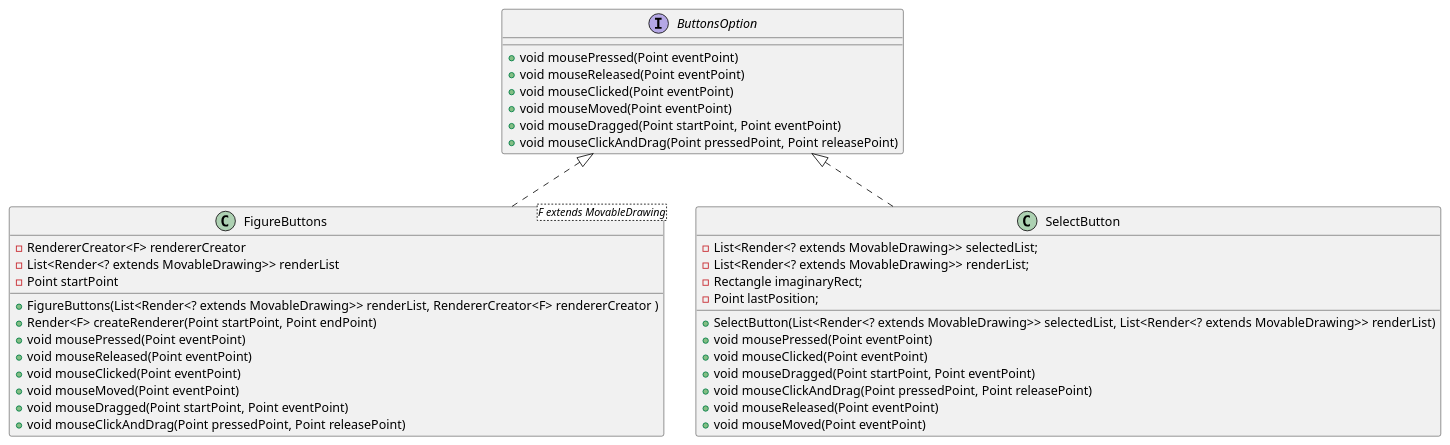
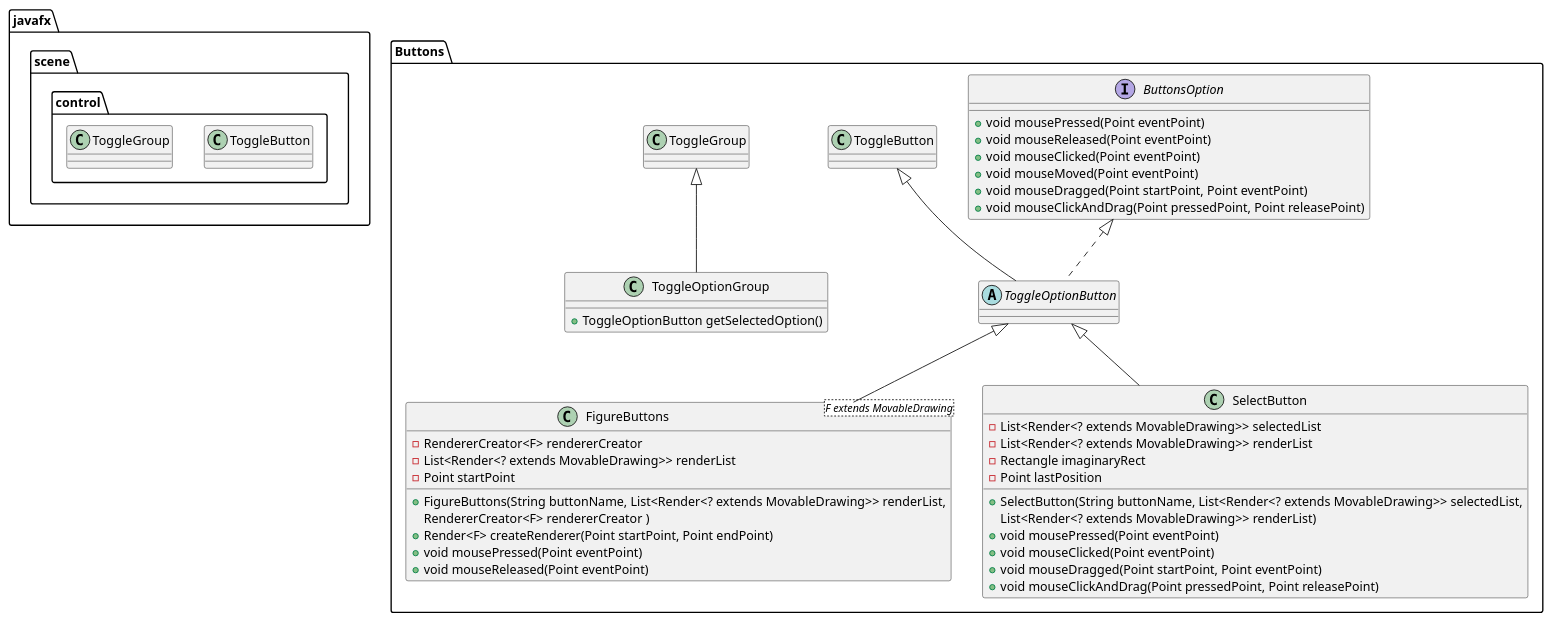
Before and after one commit to camilaDiToro/PAINT-TP-FINAL-POO: the diagram in src/main/java/frontend/UML's/Buttons.puml, drawn with PlantUML. The commit also changed 6 other files, not shown here.

```diff
--- a/src/main/java/frontend/UML's/Buttons.puml
+++ b/src/main/java/frontend/UML's/Buttons.puml
@@ -1,44 +1,56 @@
 @startuml
 'https://plantuml.com/sequence-diagram
+
+package javafx.scene.control{
+     class ToggleButton
+     class ToggleGroup
+}
+
+package Buttons {
 
 interface ButtonsOption {
 
     +void mousePressed(Point eventPoint)
     +void mouseReleased(Point eventPoint)
     +void mouseClicked(Point eventPoint)
     +void mouseMoved(Point eventPoint)
     +void mouseDragged(Point startPoint, Point eventPoint)
     +void mouseClickAndDrag(Point pressedPoint, Point releasePoint)
 
 }
 
-class FigureButtons<F extends MovableDrawing> implements ButtonsOption{
+abstract class ToggleOptionButton extends ToggleButton implements ButtonsOption{
+
+}
+
+class FigureButtons<F extends MovableDrawing> extends ToggleOptionButton{
         - RendererCreator<F> rendererCreator
         - List<Render<? extends MovableDrawing>> renderList
         - Point startPoint
 
-        + FigureButtons(List<Render<? extends MovableDrawing>> renderList, RendererCreator<F> rendererCreator )
+        + FigureButtons(String buttonName, List<Render<? extends MovableDrawing>> renderList,
+        RendererCreator<F> rendererCreator )
         + Render<F> createRenderer(Point startPoint, Point endPoint)
         + void mousePressed(Point eventPoint)
         + void mouseReleased(Point eventPoint)
+}
+
+class SelectButton extends ToggleOptionButton {
+        - List<Render<? extends MovableDrawing>> selectedList
+        - List<Render<? extends MovableDrawing>> renderList
+        - Rectangle imaginaryRect
+        - Point lastPosition
+
+        + SelectButton(String buttonName, List<Render<? extends MovableDrawing>> selectedList,
+        List<Render<? extends MovableDrawing>> renderList)
+        + void mousePressed(Point eventPoint)
         + void mouseClicked(Point eventPoint)
-        + void mouseMoved(Point eventPoint)
         + void mouseDragged(Point startPoint, Point eventPoint)
         + void mouseClickAndDrag(Point pressedPoint, Point releasePoint)
 }
 
-class SelectButton implements ButtonsOption {
-        - List<Render<? extends MovableDrawing>> selectedList;
-        - List<Render<? extends MovableDrawing>> renderList;
-        - Rectangle imaginaryRect;
-        - Point lastPosition;
+class ToggleOptionGroup extends ToggleGroup{
+    + ToggleOptionButton getSelectedOption()
+}
 
-        + SelectButton(List<Render<? extends MovableDrawing>> selectedList, List<Render<? extends MovableDrawing>> renderList)
-        + void mousePressed(Point eventPoint)
-        + void mouseClicked(Point eventPoint)
-        + void mouseDragged(Point startPoint, Point eventPoint)
-        + void mouseClickAndDrag(Point pressedPoint, Point releasePoint)
-        + void mouseReleased(Point eventPoint)
-        + void mouseMoved(Point eventPoint)
-}
 @enduml
```
